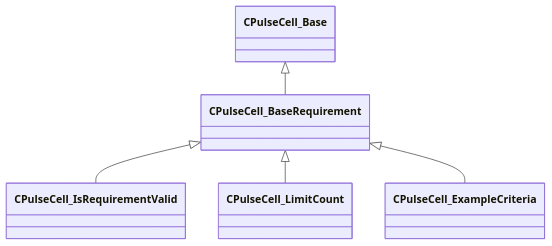
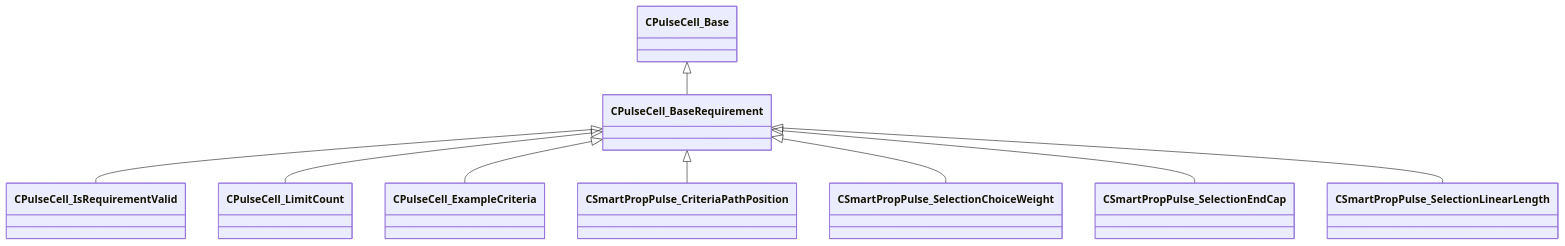
The sixth of 46 diagrams in docs/schemas/pulse_runtime_lib.md (sid2934/CS2-OpenDevDocs), drawn with Mermaid before and after one commit. The commit also changed other lines of this file and 41 other files, not shown here.

````diff
--- a/docs/schemas/pulse_runtime_lib.md
+++ b/docs/schemas/pulse_runtime_lib.md
@@ -246,7 +255,11 @@
 ```mermaid
 classDiagram
     CPulseCell_Base <|-- CPulseCell_BaseRequirement
     CPulseCell_BaseRequirement <|-- CPulseCell_IsRequirementValid
     CPulseCell_BaseRequirement <|-- CPulseCell_LimitCount
     CPulseCell_BaseRequirement <|-- CPulseCell_ExampleCriteria
+    CPulseCell_BaseRequirement <|-- CSmartPropPulse_CriteriaPathPosition
+    CPulseCell_BaseRequirement <|-- CSmartPropPulse_SelectionChoiceWeight
+    CPulseCell_BaseRequirement <|-- CSmartPropPulse_SelectionEndCap
+    CPulseCell_BaseRequirement <|-- CSmartPropPulse_SelectionLinearLength
 ```
````
